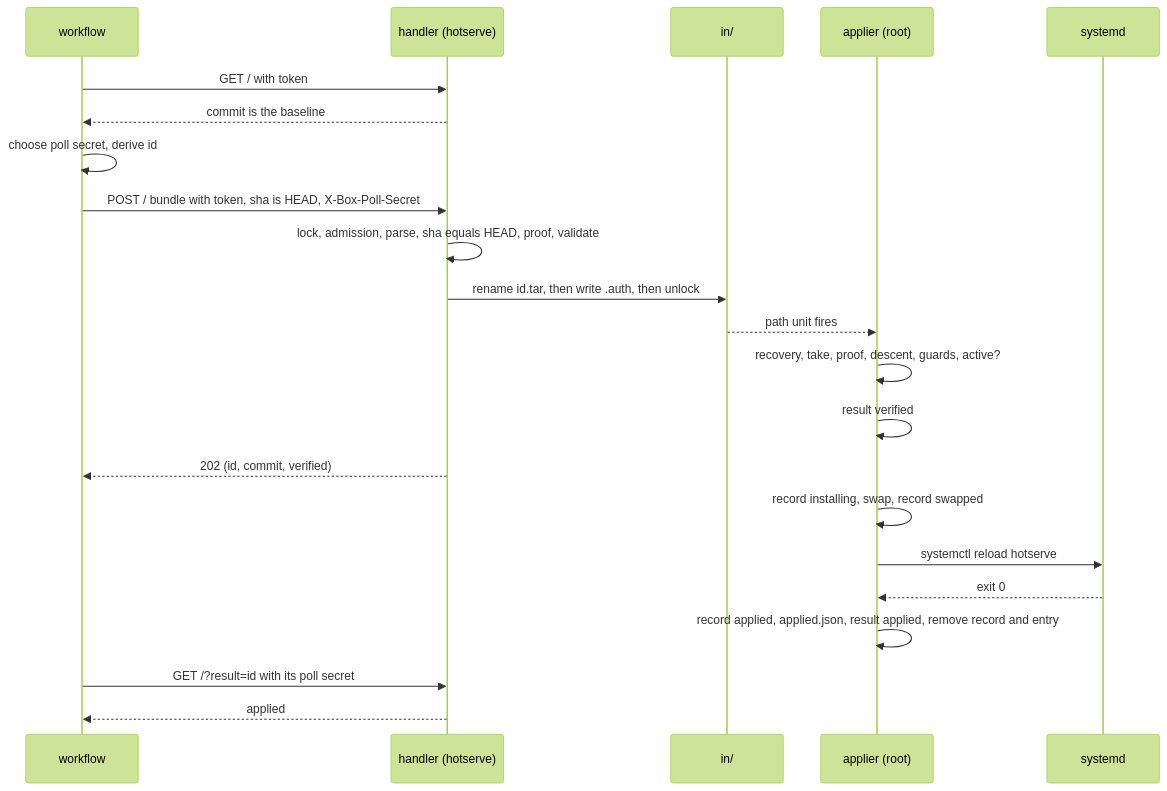
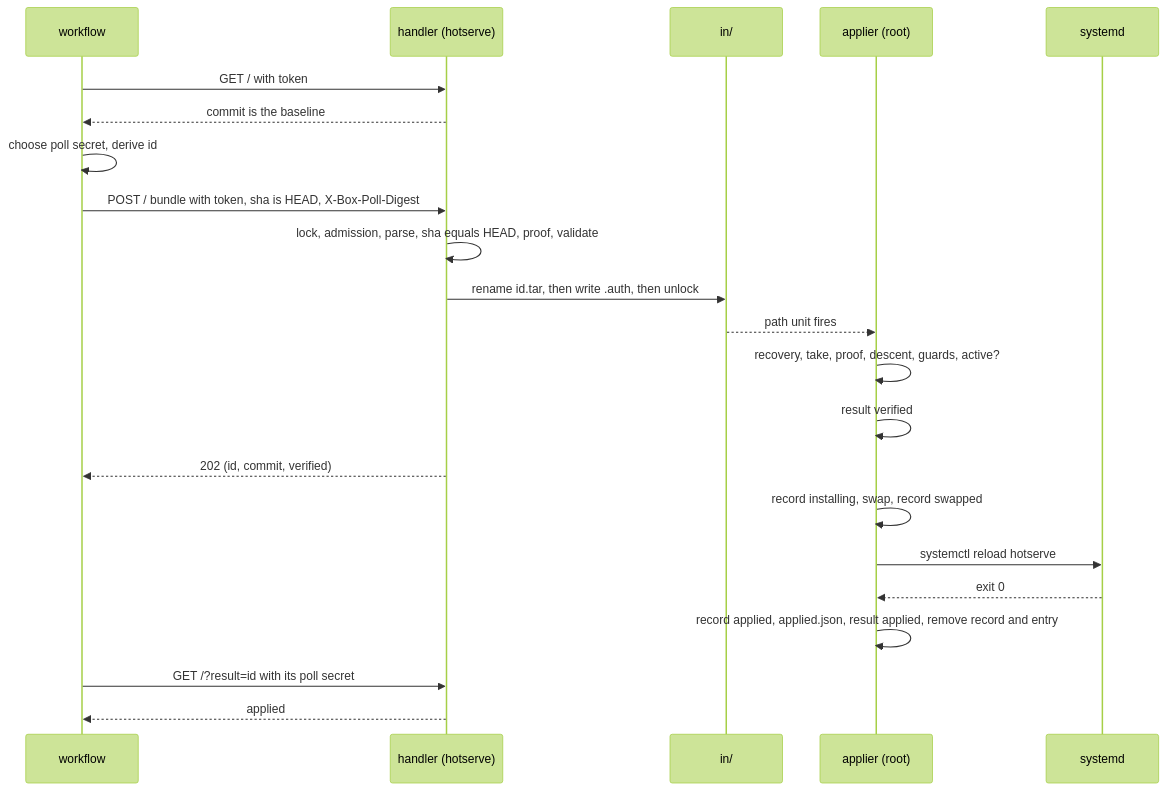
Before and after one commit to smallhoursorg/hotserve: the second of 3 diagrams in box/DESIGN-box.md, drawn with Mermaid (forest theme). The commit also changed other lines of this file and 20 other files, not shown here.

````diff
--- a/box/DESIGN-box.md
+++ b/box/DESIGN-box.md
@@ -880,24 +915,24 @@
 ```mermaid
 sequenceDiagram
     participant W as workflow
     participant H as handler (hotserve)
     participant I as in/
     participant A as applier (root)
     participant S as systemd
     W->>H: GET / with token
     H-->>W: commit is the baseline
     W->>W: choose poll secret, derive id
-    W->>H: POST / bundle with token, sha is HEAD, X-Box-Poll-Secret
+    W->>H: POST / bundle with token, sha is HEAD, X-Box-Poll-Digest
     H->>H: lock, admission, parse, sha equals HEAD, proof, validate
     H->>I: rename id.tar, then write .auth, then unlock
     I-->>A: path unit fires
     A->>A: recovery, take, proof, descent, guards, active?
     A->>A: result verified
     H-->>W: 202 (id, commit, verified)
     A->>A: record installing, swap, record swapped
     A->>S: systemctl reload hotserve
     S-->>A: exit 0
     A->>A: record applied, applied.json, result applied, remove record and entry
     W->>H: GET /?result=id with its poll secret
     H-->>W: applied
 ```
````
